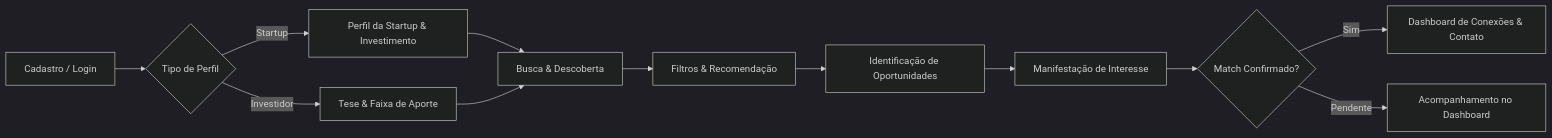
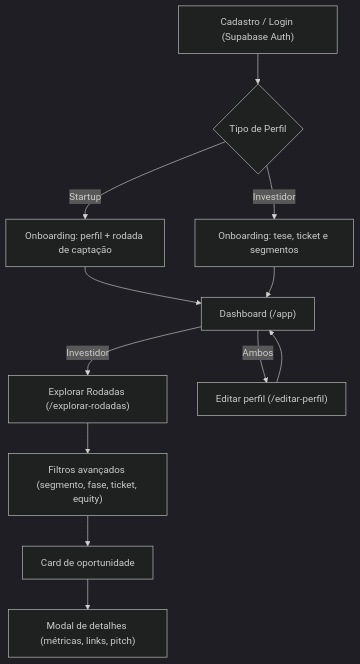
The first of 2 diagrams in README.md (kiellzz/nexo), drawn with Mermaid (dark theme) before and after one commit. The commit also changed other lines of this file, not shown here.

````diff
--- a/README.md
+++ b/README.md
@@ -81,14 +101,14 @@
 ```mermaid
-flowchart LR
-    A["Cadastro / Login"] --> B{"Tipo de Perfil"}
-    B -->|Startup| C["Perfil da Startup & Investimento"]
-    B -->|Investidor| D["Tese & Faixa de Aporte"]
-    C --> E["Busca & Descoberta"]
+flowchart TD
+    A["Cadastro / Login (Supabase Auth)"] --> B{"Tipo de Perfil"}
+    B -->|Startup| C["Onboarding: perfil + rodada de captação"]
+    B -->|Investidor| D["Onboarding: tese, ticket e segmentos"]
+    C --> E["Dashboard (/app)"]
     D --> E
-    E --> F["Filtros & Recomendação"]
-    F --> G["Identificação de Oportunidades"]
-    G --> H["Manifestação de Interesse"]
-    H --> I{"Match Confirmado?"}
-    I -->|Sim| J["Dashboard de Conexões & Contato"]
-    I -->|Pendente| K["Acompanhamento no Dashboard"]
+    E -->|Investidor| F["Explorar Rodadas (/explorar-rodadas)"]
+    F --> G["Filtros avançados (segmento, fase, ticket, equity)"]
+    G --> H["Card de oportunidade"]
+    H --> I["Modal de detalhes (métricas, links, pitch)"]
+    E -->|Ambos| J["Editar perfil (/editar-perfil)"]
+    J --> E
 ```
````
